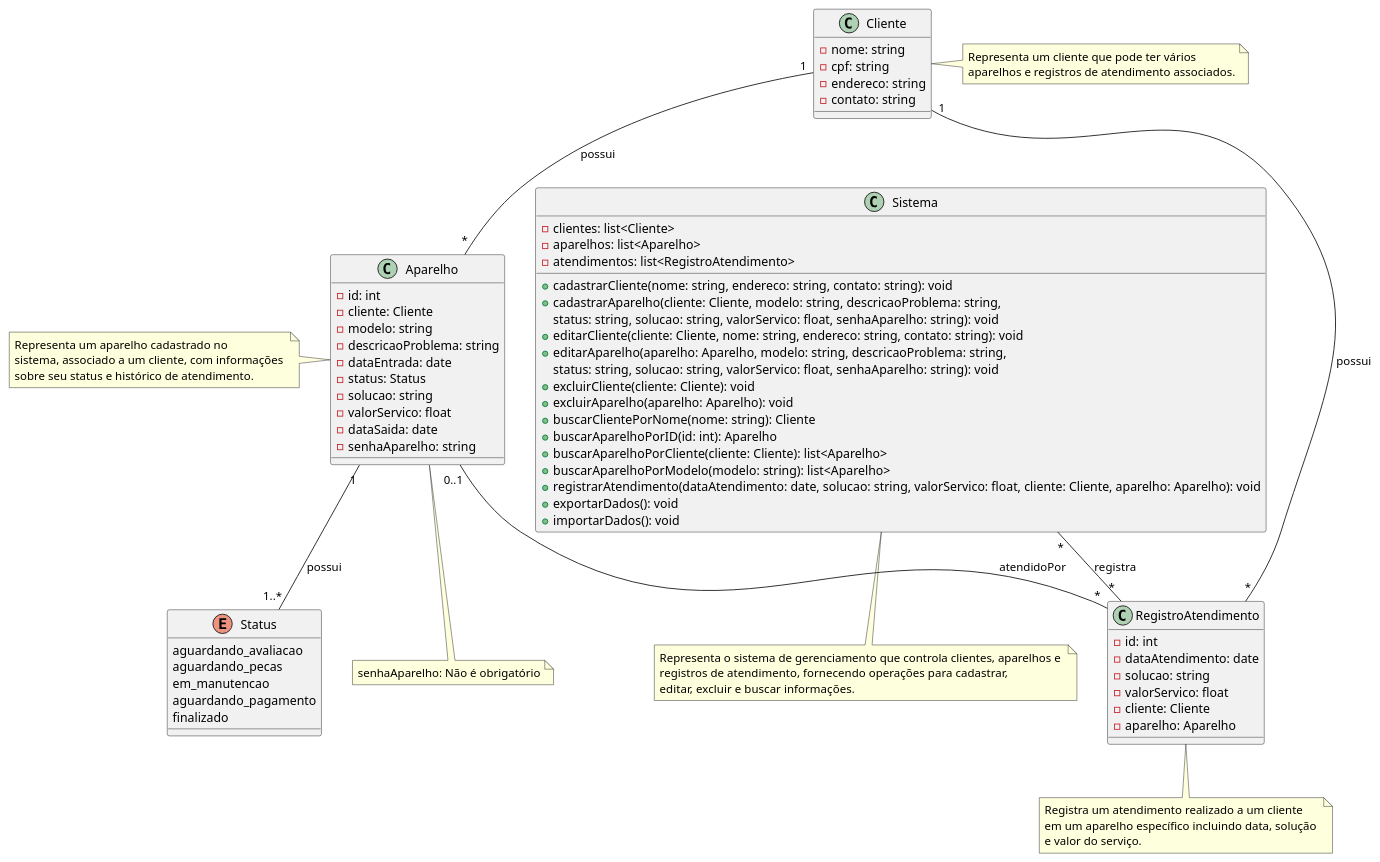
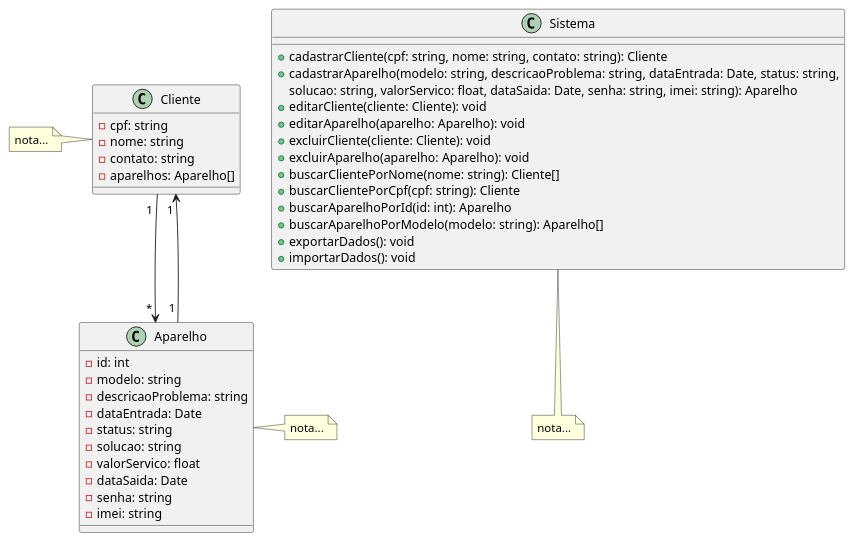
Before and after one commit to Guilhermedsc/ProjetoES-MZ-Smart: the diagram in Documentation/Diagrams/diagramClass.plantuml, drawn with PlantUML. The commit also changed 1 other file, not shown here.

Commit message:
create diagrams

```diff
--- a/Documentation/Diagrams/diagramClass.plantuml
+++ b/Documentation/Diagrams/diagramClass.plantuml
@@ -1,96 +1,54 @@
 @startuml
+
 class Cliente {
+    - cpf: string
     - nome: string
-    - cpf: string
-    - endereco: string
     - contato: string
+    - aparelhos: Aparelho[]
 }
-
-note right of Cliente
-    Representa um cliente que pode ter vários
-    aparelhos e registros de atendimento associados.
-end note
-
 
 class Aparelho {
     - id: int
-    - cliente: Cliente
     - modelo: string
     - descricaoProblema: string
-    - dataEntrada: date
-    - status: Status
+    - dataEntrada: Date
+    - status: string
     - solucao: string
     - valorServico: float
-    - dataSaida: date
-    - senhaAparelho: string
+    - dataSaida: Date
+    - senha: string
+    - imei: string
 }
 
-enum Status {
-    aguardando_avaliacao
-    aguardando_pecas
-    em_manutencao
-    aguardando_pagamento
-    finalizado
-}
-
-Aparelho "1" -- "1..*" Status : possui
-
-note bottom of Aparelho
-    senhaAparelho: Não é obrigatório
-end note
-
-note left of Aparelho
-    Representa um aparelho cadastrado no 
-    sistema, associado a um cliente, com informações 
-    sobre seu status e histórico de atendimento.
-end note
-
-class RegistroAtendimento {
-    - id: int
-    - dataAtendimento: date
-    - solucao: string
-    - valorServico: float
-    - cliente: Cliente
-    - aparelho: Aparelho
-}
-
-note bottom of RegistroAtendimento
-    Registra um atendimento realizado a um cliente 
-    em um aparelho específico incluindo data, solução 
-    e valor do serviço.
-end note
+Cliente " 1 " --> " * " Aparelho
+Aparelho " 1 " --> " 1 " Cliente
 
 class Sistema {
-    - clientes: list<Cliente>
-    - aparelhos: list<Aparelho>
-    - atendimentos: list<RegistroAtendimento>
-
-    + cadastrarCliente(nome: string, endereco: string, contato: string): void
-    + cadastrarAparelho(cliente: Cliente, modelo: string, descricaoProblema: string, 
-    status: string, solucao: string, valorServico: float, senhaAparelho: string): void
-    + editarCliente(cliente: Cliente, nome: string, endereco: string, contato: string): void
-    + editarAparelho(aparelho: Aparelho, modelo: string, descricaoProblema: string, 
-    status: string, solucao: string, valorServico: float, senhaAparelho: string): void
+    + cadastrarCliente(cpf: string, nome: string, contato: string): Cliente
+    + cadastrarAparelho(modelo: string, descricaoProblema: string, dataEntrada: Date, status: string,
+     solucao: string, valorServico: float, dataSaida: Date, senha: string, imei: string): Aparelho
+    + editarCliente(cliente: Cliente): void
+    + editarAparelho(aparelho: Aparelho): void
     + excluirCliente(cliente: Cliente): void
     + excluirAparelho(aparelho: Aparelho): void
-    + buscarClientePorNome(nome: string): Cliente
-    + buscarAparelhoPorID(id: int): Aparelho
-    + buscarAparelhoPorCliente(cliente: Cliente): list<Aparelho>
-    + buscarAparelhoPorModelo(modelo: string): list<Aparelho>
-    + registrarAtendimento(dataAtendimento: date, solucao: string, valorServico: float, cliente: Cliente, aparelho: Aparelho): void
+    + buscarClientePorNome(nome: string): Cliente[]
+    + buscarClientePorCpf(cpf: string): Cliente
+    + buscarAparelhoPorId(id: int): Aparelho
+    + buscarAparelhoPorModelo(modelo: string): Aparelho[]
     + exportarDados(): void
     + importarDados(): void
 }
 
-note bottom of Sistema
-    Representa o sistema de gerenciamento que controla clientes, aparelhos e 
-    registros de atendimento, fornecendo operações para cadastrar, 
-    editar, excluir e buscar informações.
+note left of Cliente
+	nota...
 end note
 
-Cliente "1" -- "*" Aparelho : possui
-Cliente "1" -- "*" RegistroAtendimento : possui
-Aparelho "0..1" -- "*" RegistroAtendimento : atendidoPor
-Sistema "*" -- "*" RegistroAtendimento : registra
+note right of Aparelho
+    nota...
+end note
+
+note bottom of Sistema
+    nota...
+end note
 
 @enduml
```
